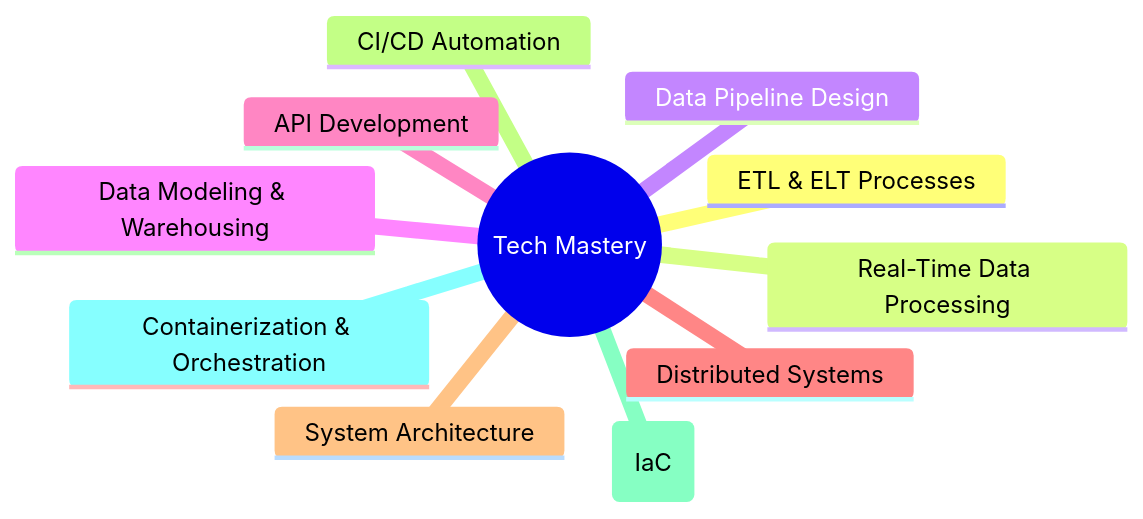
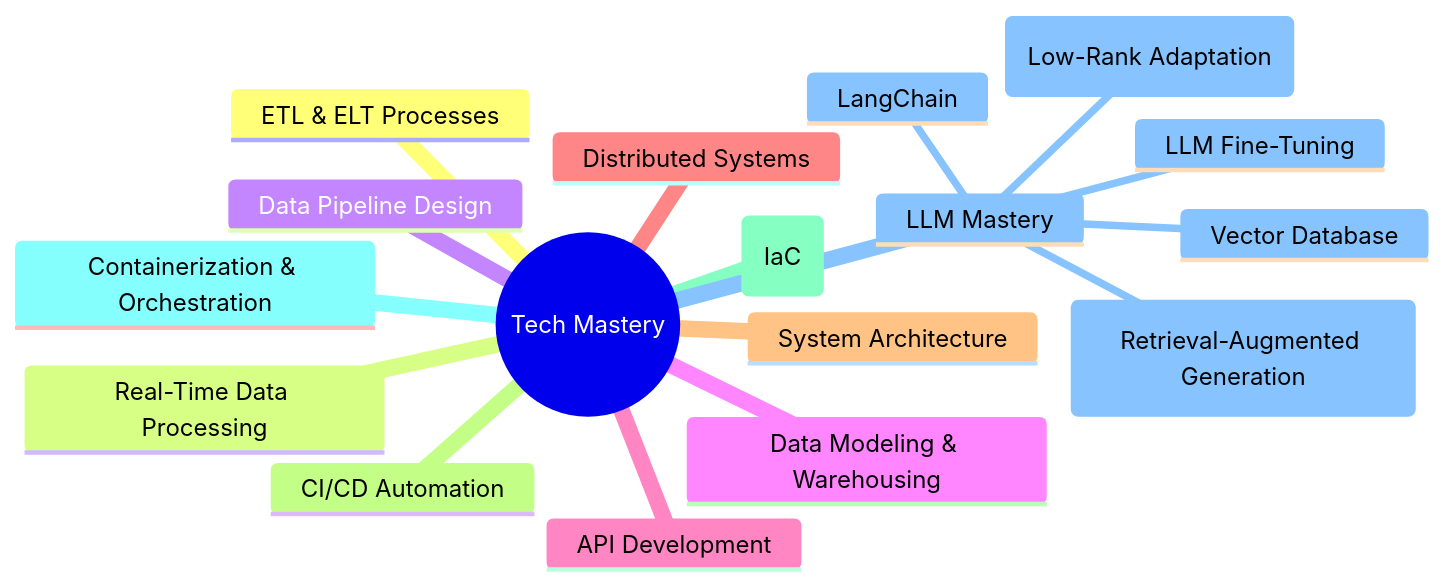
One commit to Sethuram2003/Sethuram2003 changed the diagram in README.md. Above: the diagram before and after it, drawn with Mermaid.

````diff
--- a/README.md
+++ b/README.md
@@ -94,14 +94,20 @@
 ```mermaid
 mindmap
   root((Tech Mastery))
     ETL & ELT Processes
     Real-Time Data Processing
     Data Pipeline Design
     Data Modeling & Warehousing
     API Development
     Distributed Systems
     System Architecture
     CI/CD Automation
     Infrastructure as Code (IaC)
     Containerization & Orchestration
+    LLM Mastery
+      LLM Fine-Tuning
+      LangChain
+      RAG (Retrieval-Augmented Generation)
+      Vector Database
+      LoRA (Low-Rank Adaptation)
 ```
````
